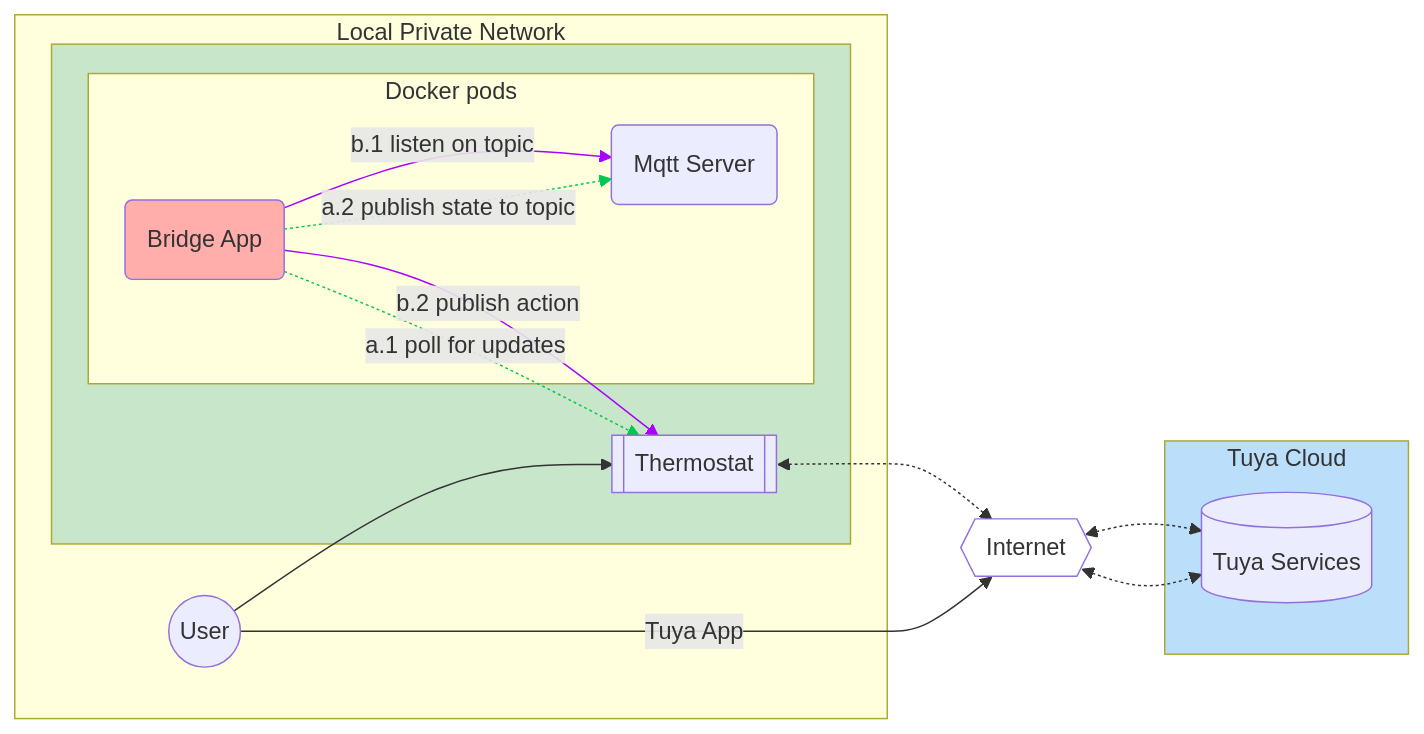
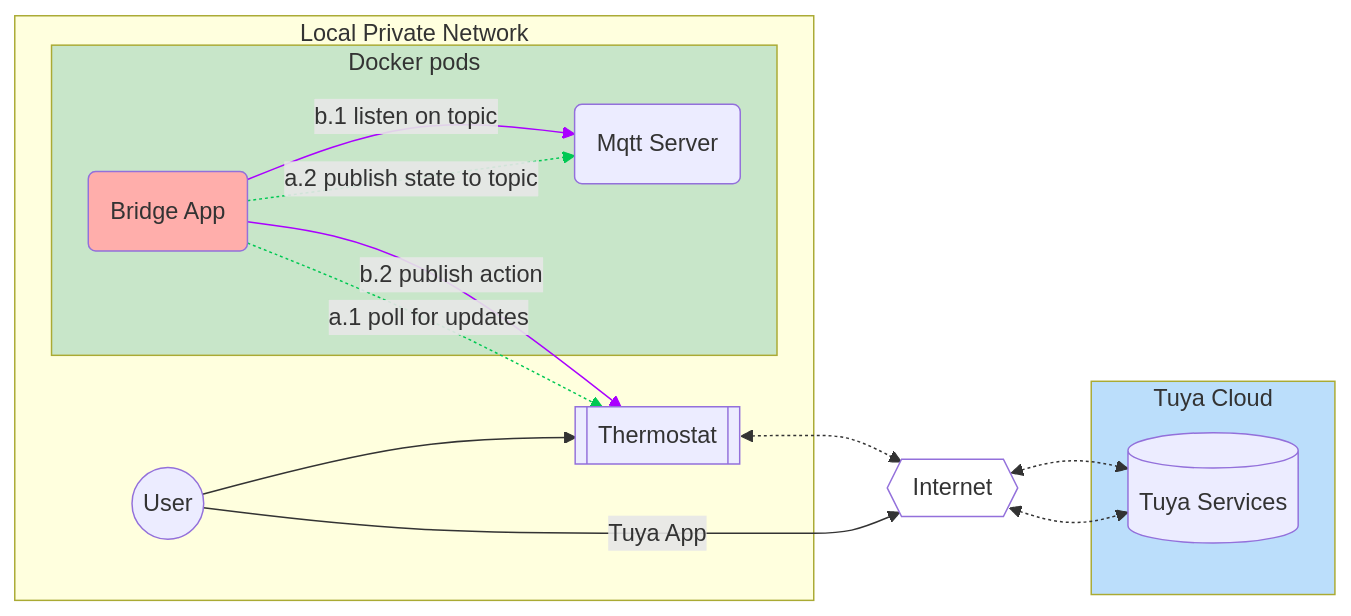
One commit to marius-cornescu/python.moes_thermostat_bridge changed the diagram in README.md. Above: the diagram before and after it, drawn with Mermaid.

Commit message:
Refactor diagram structure in README.md

````diff
--- a/README.md
+++ b/README.md
@@ -9,36 +9,33 @@
 ```mermaid
 flowchart LR
  subgraph DOCKER["Docker pods"]
         S("Mqtt Server")
         BR("Bridge App")
   end
- subgraph BRIDGE[" "]
-        DOCKER
-        TH[["Thermostat"]]
-  end
  subgraph LN["Local Private Network"]
         U(("User"))
-        BRIDGE
+        TH[["Thermostat"]]
+        DOCKER
   end
  subgraph PC["Tuya Cloud"]
         TUYA_CLOUD[("Tuya Services")]
   end
     U -- Tuya App --> I{{"Internet"}}
     U --> TH
     BR -. "a.1 poll for updates" .-> TH
     BR -. "a.2 publish state to topic" .-> S
     BR -- "b.1 listen on topic" --> S
     BR -- "b.2 publish action" --> TH
     TH <-.-> I
     I <-.-> TUYA_CLOUD & TUYA_CLOUD
 
     style BR fill:#FFAEAB
-    style BRIDGE fill:#C8E6C9
+    style DOCKER fill:#C8E6C9
     style I fill:#FFFFFF
     style PC fill:#BBDEFB
     linkStyle 2 stroke:#00C853
     linkStyle 3 stroke:#00C853,fill:none
     linkStyle 4 stroke:#AA00FF,fill:none
     linkStyle 5 stroke:#AA00FF,fill:none
 
 ```
````
